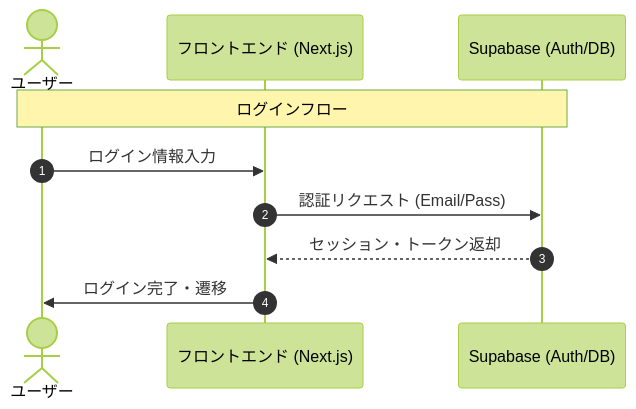
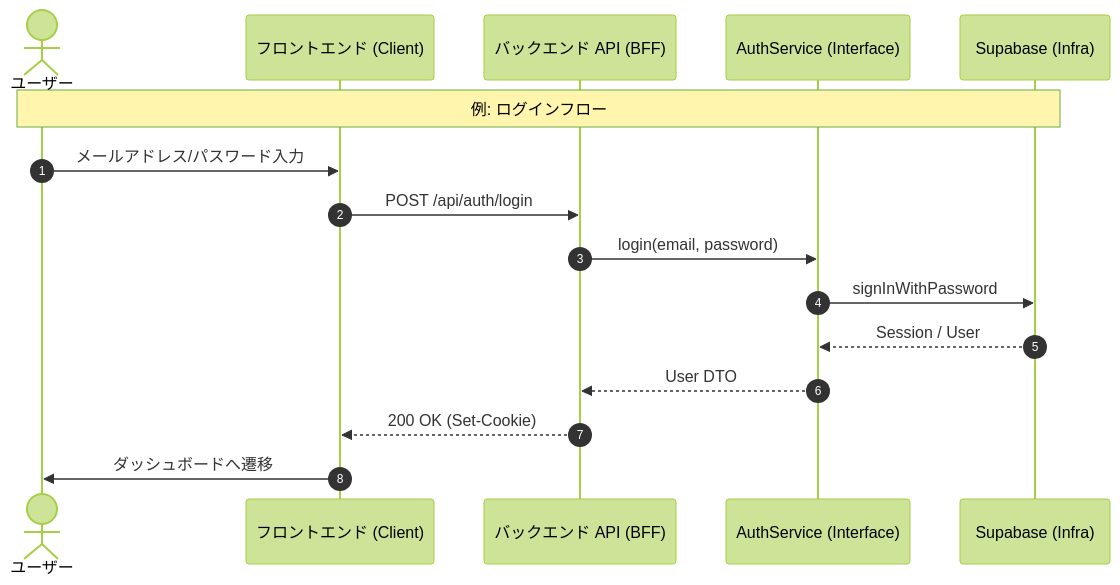
One commit to adgjmptwgw/job-scope changed the diagram in docs/detail-design/api/01-auth.md. Above: the diagram before and after it, drawn with Mermaid (forest theme). The commit also changed other lines of this file and 21 other files, not shown here.

````diff
--- a/docs/detail-design/api/01-auth.md
+++ b/docs/detail-design/api/01-auth.md
@@ -11,13 +19,19 @@
 ```mermaid
 sequenceDiagram
     autonumber
     actor User as ユーザー
-    participant Client as フロントエンド (Next.js)
-    participant Supabase as Supabase (Auth/DB)
+    participant Client as フロントエンド (Client)
+    participant API as バックエンド API (BFF)
+    participant AuthService as AuthService (Interface)
+    participant Supabase as Supabase (Infra)
 
-    Note over User, Supabase: ログインフロー
-    User->>Client: ログイン情報入力
-    Client->>Supabase: 認証リクエスト (Email/Pass)
-    Supabase-->>Client: セッション・トークン返却
-    Client->>User: ログイン完了・遷移
+    Note over User, Supabase: 例: ログインフロー
+    User->>Client: メールアドレス/パスワード入力
+    Client->>API: POST /api/auth/login
+    API->>AuthService: login(email, password)
+    AuthService->>Supabase: signInWithPassword
+    Supabase-->>AuthService: Session / User
+    AuthService-->>API: User DTO
+    API-->>Client: 200 OK (Set-Cookie)
+    Client->>User: ダッシュボードへ遷移
 ```
````
